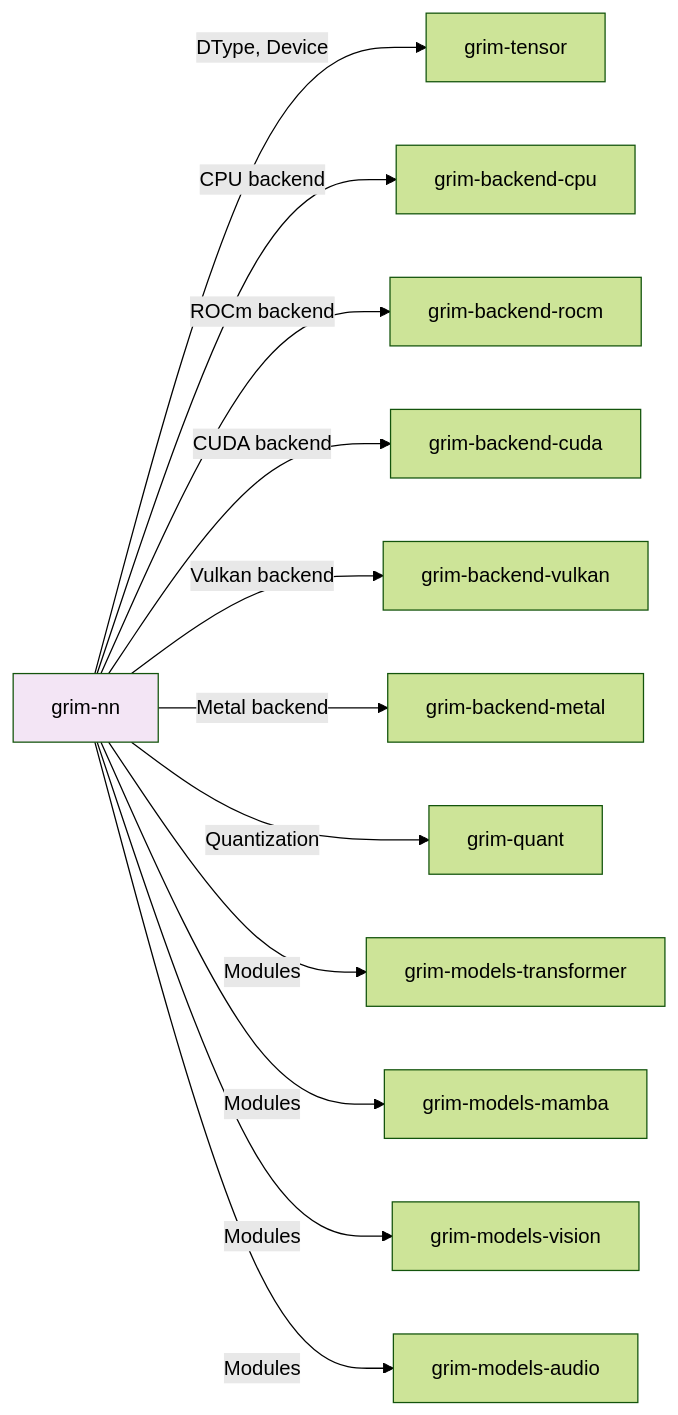
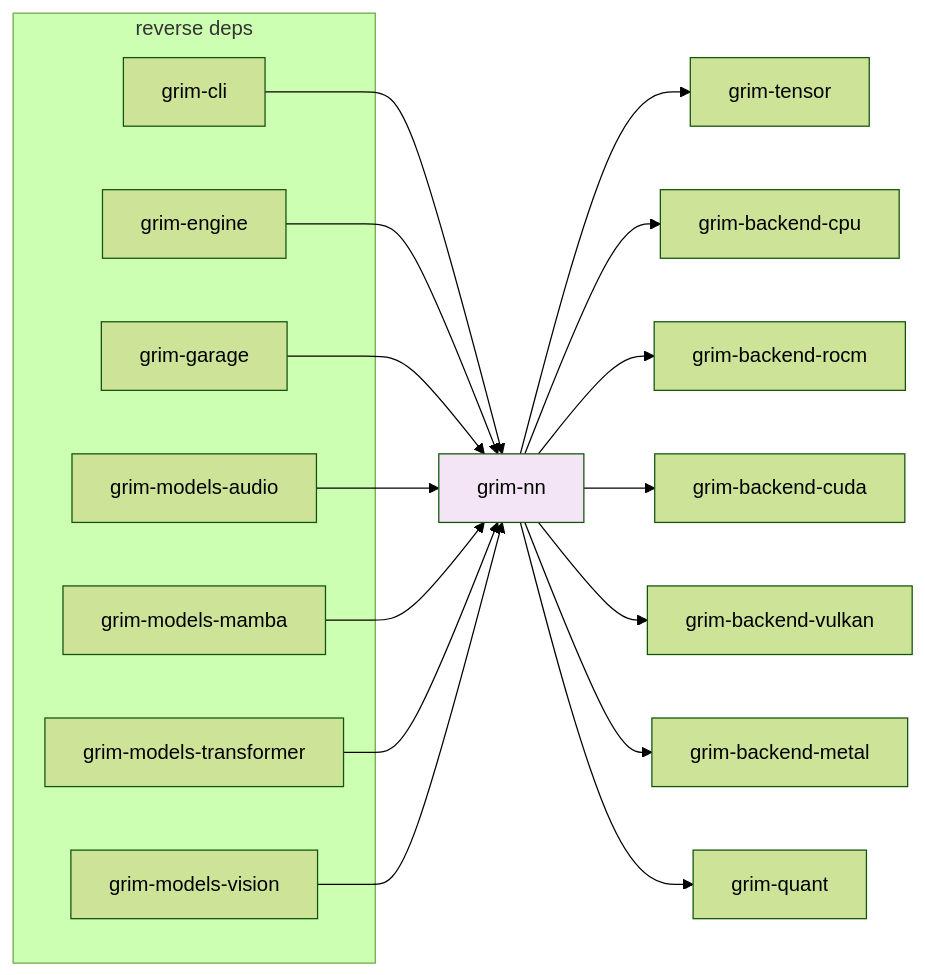
One commit to sydonayrex/grim changed the diagram in crates/grim-nn/README.md. Above: the diagram before and after it, drawn with Mermaid (forest theme). The commit also changed other lines of this file and 55 other files, not shown here.

````diff
--- a/crates/grim-nn/README.md
+++ b/crates/grim-nn/README.md
@@ -17,16 +17,30 @@
 ```mermaid
 graph LR
-    A[grim-nn] -->|DType, Device| B[grim-tensor]
-    A -->|CPU backend| C[grim-backend-cpu]
-    A -->|ROCm backend| D[grim-backend-rocm]
-    A -->|CUDA backend| E[grim-backend-cuda]
-    A -->|Vulkan backend| F[grim-backend-vulkan]
-    A -->|Metal backend| G[grim-backend-metal]
-    A -->|Quantization| H[grim-quant]
-    A -->|Modules| I[grim-models-transformer]
-    A -->|Modules| J[grim-models-mamba]
-    A -->|Modules| K[grim-models-vision]
-    A -->|Modules| L[grim-models-audio]
-    
+    A[grim-nn] --> B[grim-tensor]
+    A --> C[grim-backend-cpu]
+    A --> D[grim-backend-rocm]
+    A --> E[grim-backend-cuda]
+    A --> F[grim-backend-vulkan]
+    A --> G[grim-backend-metal]
+    A --> H[grim-quant]
+
+    subgraph "reverse deps"
+        I1[grim-cli]
+        I2[grim-engine]
+        I3[grim-garage]
+        I4[grim-models-audio]
+        I5[grim-models-mamba]
+        I6[grim-models-transformer]
+        I7[grim-models-vision]
+    end
+
+    I1 --> A
+    I2 --> A
+    I3 --> A
+    I4 --> A
+    I5 --> A
+    I6 --> A
+    I7 --> A
+
     style A fill:#f3e5f5
 ```
````
